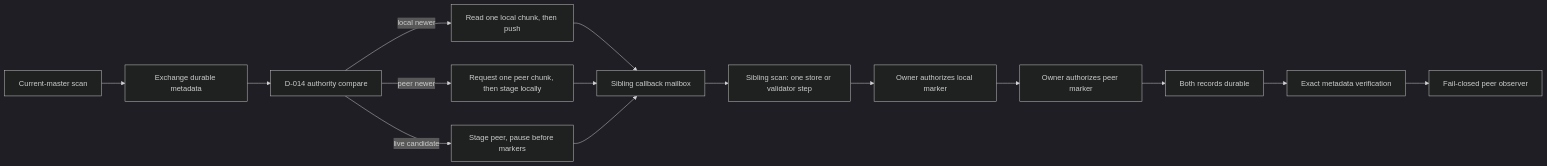
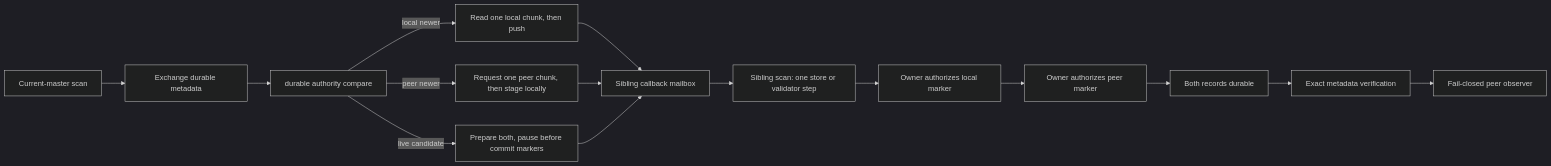
The tenth of 11 diagrams in docs/architecture/runtime-flow.md (NoahCLR/charybdis-4x6), drawn with Mermaid (dark theme) before and after one commit. The commit also changed other lines of this file and 32 other files, not shown here.

````diff
--- a/docs/architecture/runtime-flow.md
+++ b/docs/architecture/runtime-flow.md
@@ -529,17 +533,17 @@
 ```mermaid
 flowchart LR
     scan["Current-master scan"] --> metadata["Exchange durable metadata"]
-    metadata --> compare["D-014 authority compare"]
+    metadata --> compare["durable authority compare"]
     compare -->|local newer| push["Read one local chunk, then push"]
     compare -->|peer newer| pull["Request one peer chunk, then stage locally"]
-    compare -->|live candidate| prepare["Stage peer, pause before markers"]
+    compare -->|live candidate| prepare["Prepare both, pause before commit markers"]
     push --> mailbox["Sibling callback mailbox"]
     pull --> mailbox
     prepare --> mailbox
     mailbox --> peer_scan["Sibling scan: one store or validator step"]
     peer_scan --> local_marker["Owner authorizes local marker"]
     local_marker --> peer_marker["Owner authorizes peer marker"]
     peer_marker --> durable["Both records durable"]
     durable --> verify["Exact metadata verification"]
     verify --> authority["Fail-closed peer observer"]
 ```
````
